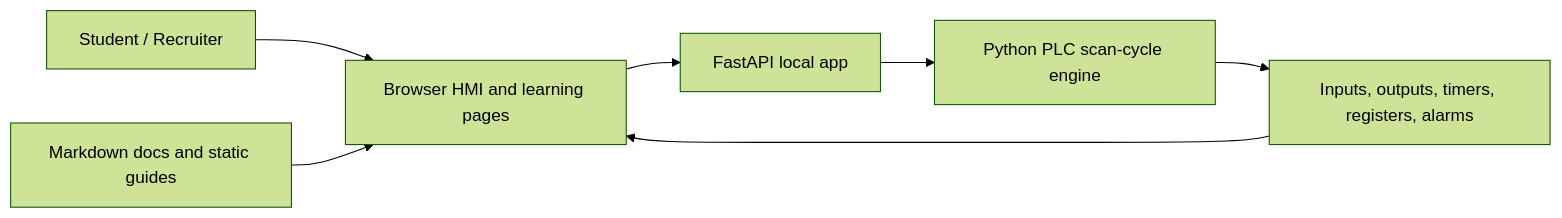
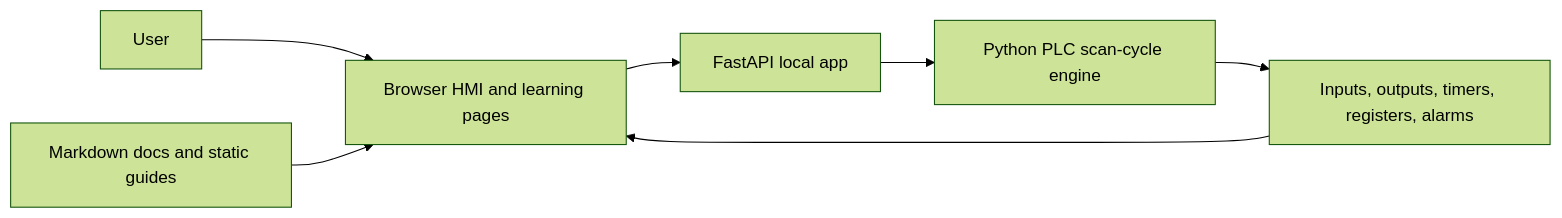
Before and after one commit to SaladinIART/salbotics-plc-learning-hub: the diagram in README.md, drawn with Mermaid (forest theme).

Commit message:
README: label architecture diagram entry as User

````diff
--- a/README.md
+++ b/README.md
@@ -54,9 +54,9 @@
 ```mermaid
 flowchart LR
-  Student["Student / Recruiter"] --> Browser["Browser HMI and learning pages"]
+  User["User"] --> Browser["Browser HMI and learning pages"]
   Browser --> FastAPI["FastAPI local app"]
   FastAPI --> Engine["Python PLC scan-cycle engine"]
   Engine --> State["Inputs, outputs, timers, registers, alarms"]
   State --> Browser
   Docs["Markdown docs and static guides"] --> Browser
 ```
````
